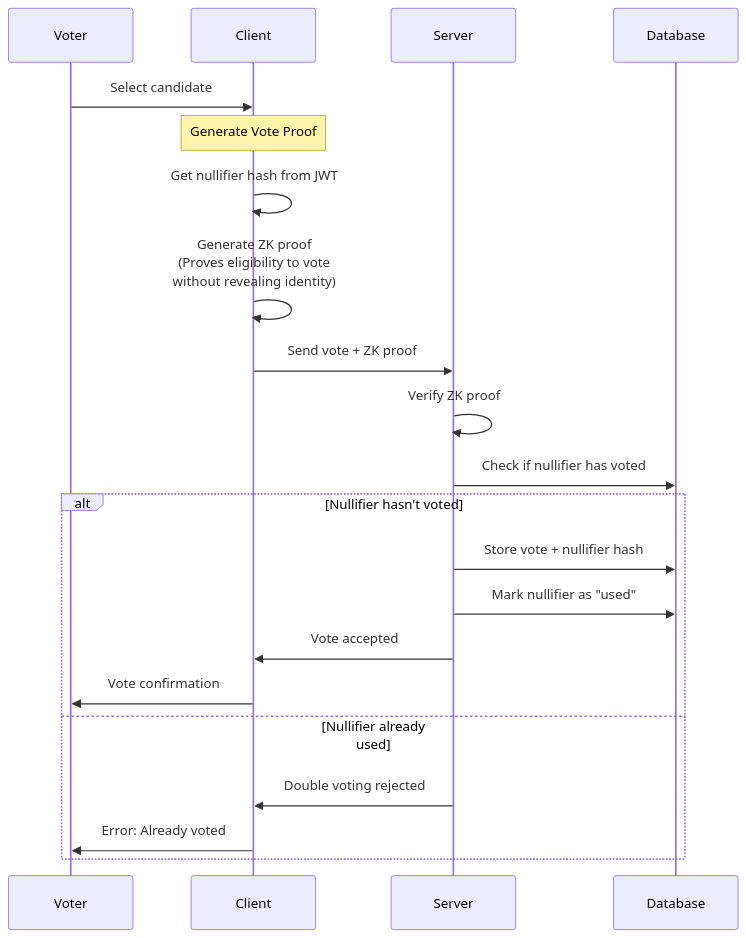
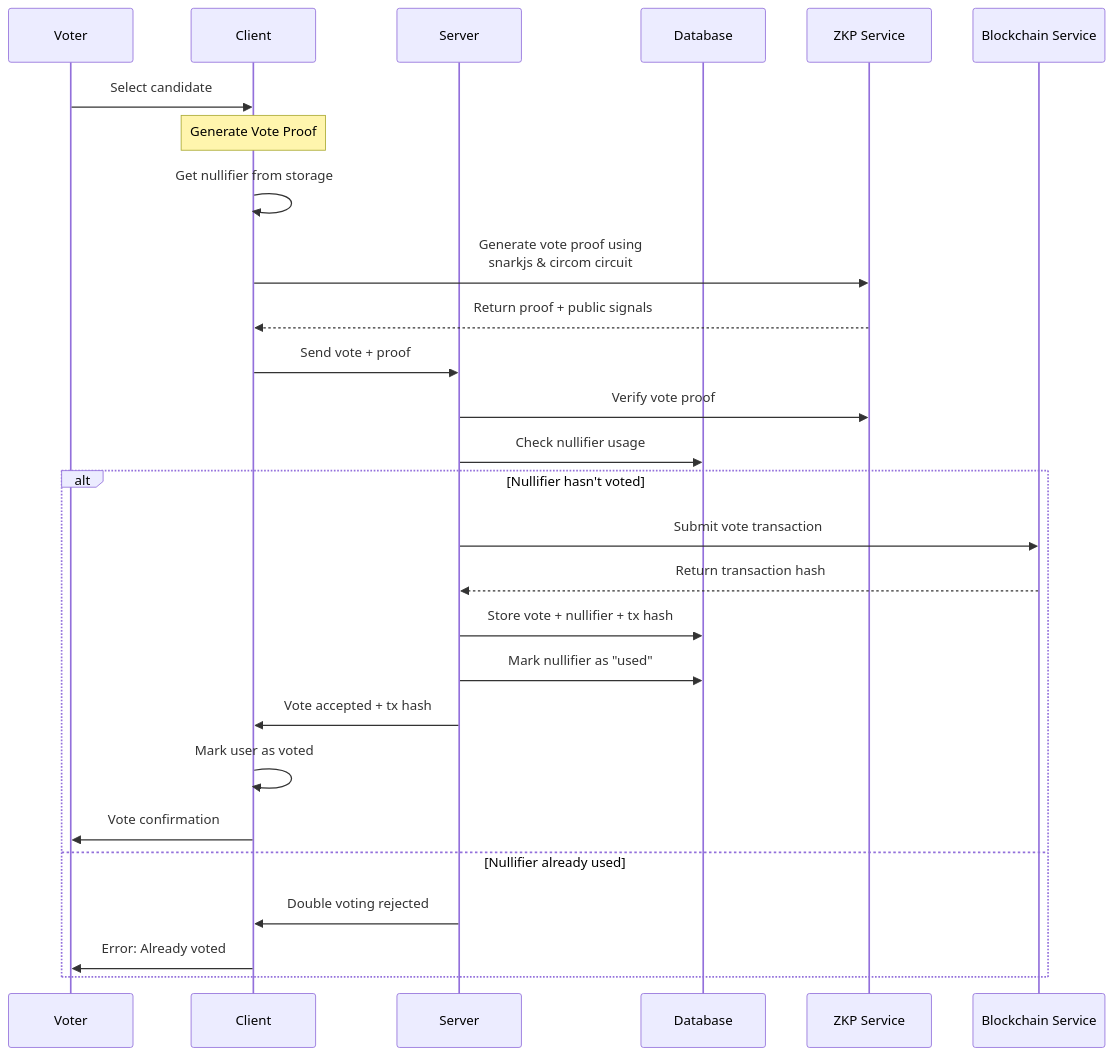
One commit to talatops/ZKP-SNARK-VOTING changed the second of 4 diagrams in ZKP-FLOW-DIAGRAM.md. Above: the diagram before and after it, drawn with Mermaid. The commit also changed other lines of this file and 2 other files, not shown here.

Commit message:
docs: update ZKP documentation with current implementation details

````diff
--- a/ZKP-FLOW-DIAGRAM.md
+++ b/ZKP-FLOW-DIAGRAM.md
@@ -38,28 +42,34 @@
 ```mermaid
 sequenceDiagram
     participant Voter
     participant Client
     participant Server
     participant DB as Database
+    participant ZKP as ZKP Service
+    participant BC as Blockchain Service
 
     Voter->>Client: Select candidate
     
     note over Client: Generate Vote Proof
-    Client->>Client: Get nullifier hash from JWT
-    Client->>Client: Generate ZK proof<br/>(Proves eligibility to vote<br/>without revealing identity)
+    Client->>Client: Get nullifier from storage
+    Client->>ZKP: Generate vote proof using<br/>snarkjs & circom circuit
+    ZKP-->>Client: Return proof + public signals
     
-    Client->>Server: Send vote + ZK proof
+    Client->>Server: Send vote + proof
     
-    Server->>Server: Verify ZK proof
-    Server->>DB: Check if nullifier has voted
+    Server->>ZKP: Verify vote proof
+    Server->>DB: Check nullifier usage
     
     alt Nullifier hasn't voted
-        Server->>DB: Store vote + nullifier hash
+        Server->>BC: Submit vote transaction
+        BC-->>Server: Return transaction hash
+        Server->>DB: Store vote + nullifier + tx hash
         Server->>DB: Mark nullifier as "used"
-        Server->>Client: Vote accepted
+        Server->>Client: Vote accepted + tx hash
+        Client->>Client: Mark user as voted
         Client->>Voter: Vote confirmation
     else Nullifier already used
         Server->>Client: Double voting rejected
         Client->>Voter: Error: Already voted
     end
 ```
````
